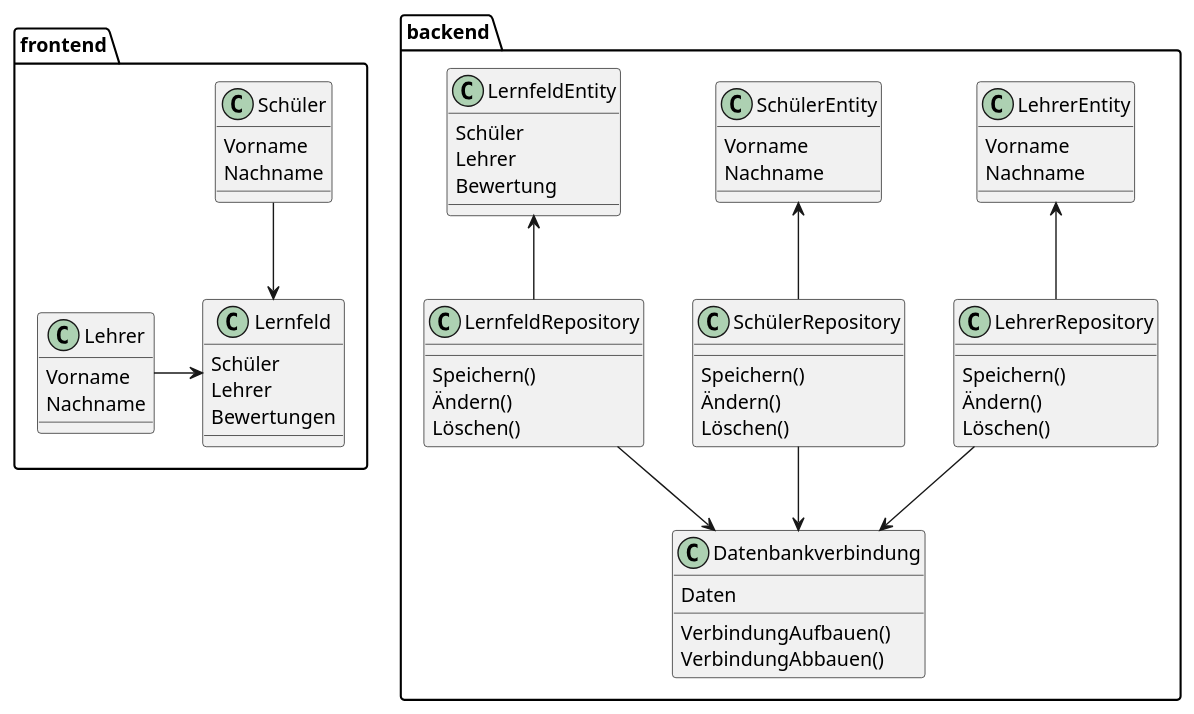
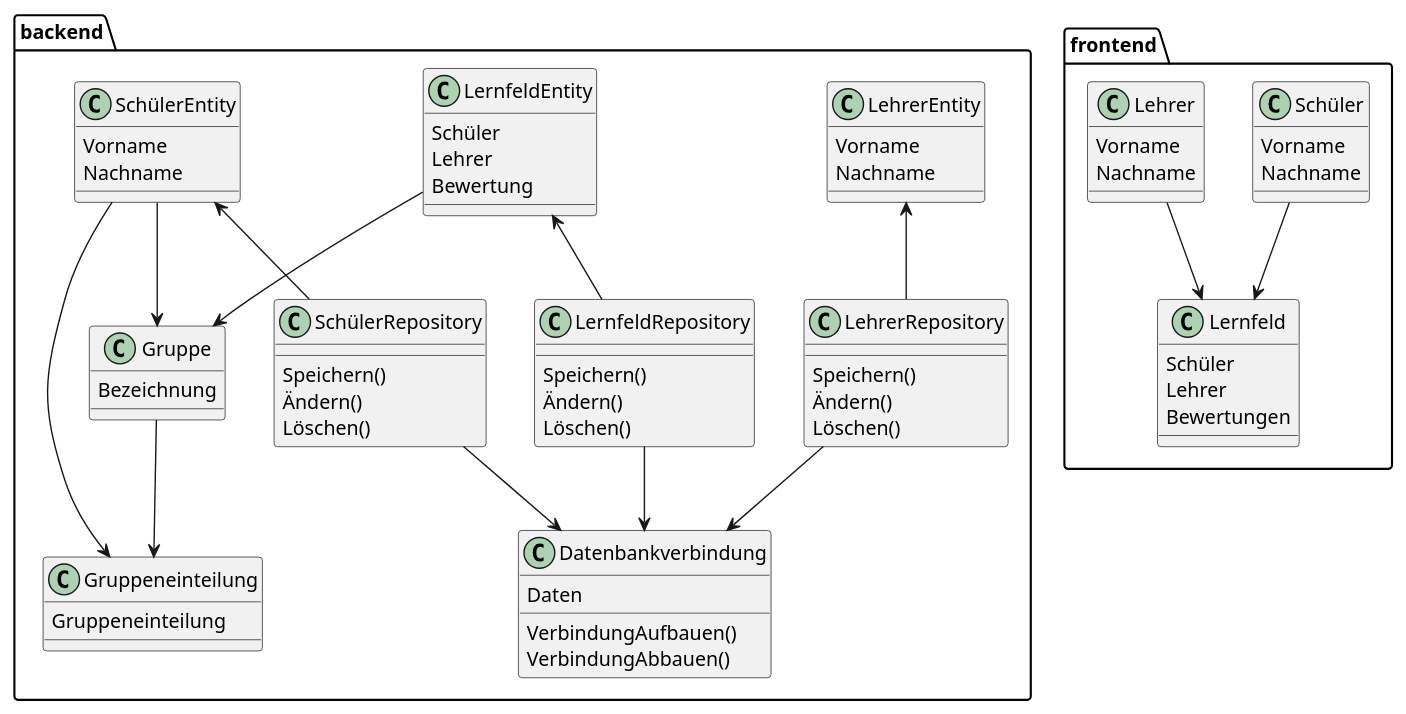
The diagram in documentation/ClassDiagram.puml (CodeRedLancer/Gruppen-App), drawn with PlantUML before and after one commit.

Commit message:
Add Gruppeneinteilung and Gruppe to Backend ClassDiagram.puml.

```diff
--- a/documentation/ClassDiagram.puml
+++ b/documentation/ClassDiagram.puml
@@ -1,77 +1,91 @@
 @startuml
 
 namespace backend{
 class           LehrerRepository{
 Speichern()
 Ändern()
 Löschen()
 }
 
 class           SchülerRepository{
 Speichern()
 Ändern()
 Löschen()
 }
 
 class LernfeldRepository{
 Speichern()
 Ändern()
 Löschen()
 }
 
 class           LehrerEntity{
 Vorname
 Nachname
 }
 
 class           SchülerEntity{
 Vorname
 Nachname
 }
 
 class LernfeldEntity{
 Schüler
 Lehrer
 Bewertung
 }
 
 class Datenbankverbindung{
 Daten
 VerbindungAufbauen()
 VerbindungAbbauen()
 }
 
+class           Gruppeneinteilung{
+Gruppeneinteilung
+}
+
+class           Gruppe{
+Bezeichnung
+}
+
+SchülerEntity --> Gruppe
+SchülerEntity --> Gruppeneinteilung
+Gruppe --> Gruppeneinteilung
+LernfeldEntity --> Gruppe
+
 LehrerEntity <-- LehrerRepository
 SchülerEntity <-- SchülerRepository
 LernfeldEntity <-- LernfeldRepository
 
 LehrerRepository --> Datenbankverbindung
 SchülerRepository --> Datenbankverbindung
 LernfeldRepository --> Datenbankverbindung
 }
 
 
 namespace frontend{
 
 class           Lernfeld{
 Schüler
 Lehrer
 Bewertungen
 }
 
 class           Lehrer{
 Vorname
 Nachname
 }
 
 class           Schüler{
 Vorname
 Nachname
 }
 
-Lehrer -> Lernfeld
+
+Lehrer --> Lernfeld
 Schüler --> Lernfeld
 }
 
 
 @enduml
```
